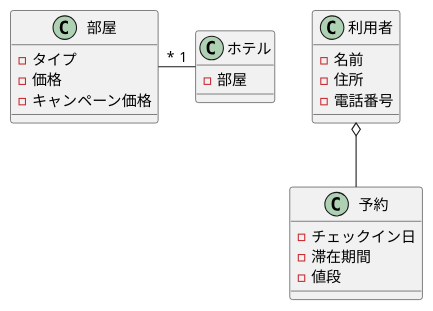
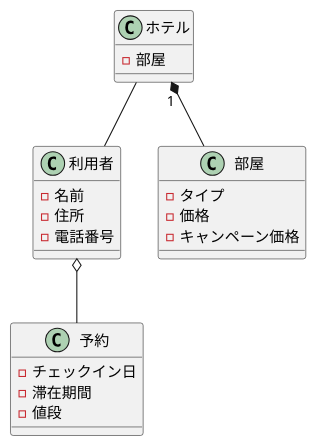
The diagram in 演習3-3_CL_ホテルと利用者と部屋と予約.pu (Nakmura0121/uml-introduction), drawn with PlantUML before and after one commit. The commit also changed 1 other file, not shown here.

```diff
--- a/演習3-3_CL_ホテルと利用者と部屋と予約.pu
+++ b/演習3-3_CL_ホテルと利用者と部屋と予約.pu
@@ -1,22 +1,23 @@
 @startuml ホテル利用者と部屋と予約
 class 利用者{
     - 名前
     - 住所
     - 電話番号
 }
 class ホテル{
     - 部屋
 }
 class 部屋{
     - タイプ
     - 価格
     - キャンペーン価格
 }
 class 予約{
     - チェックイン日
     - 滞在期間
     - 値段
 }
-部屋 "*" -ri- "1" ホテル
+ホテル -- 利用者
 利用者 o-- 予約
+ホテル "1" *-- 部屋
 @enduml
```
